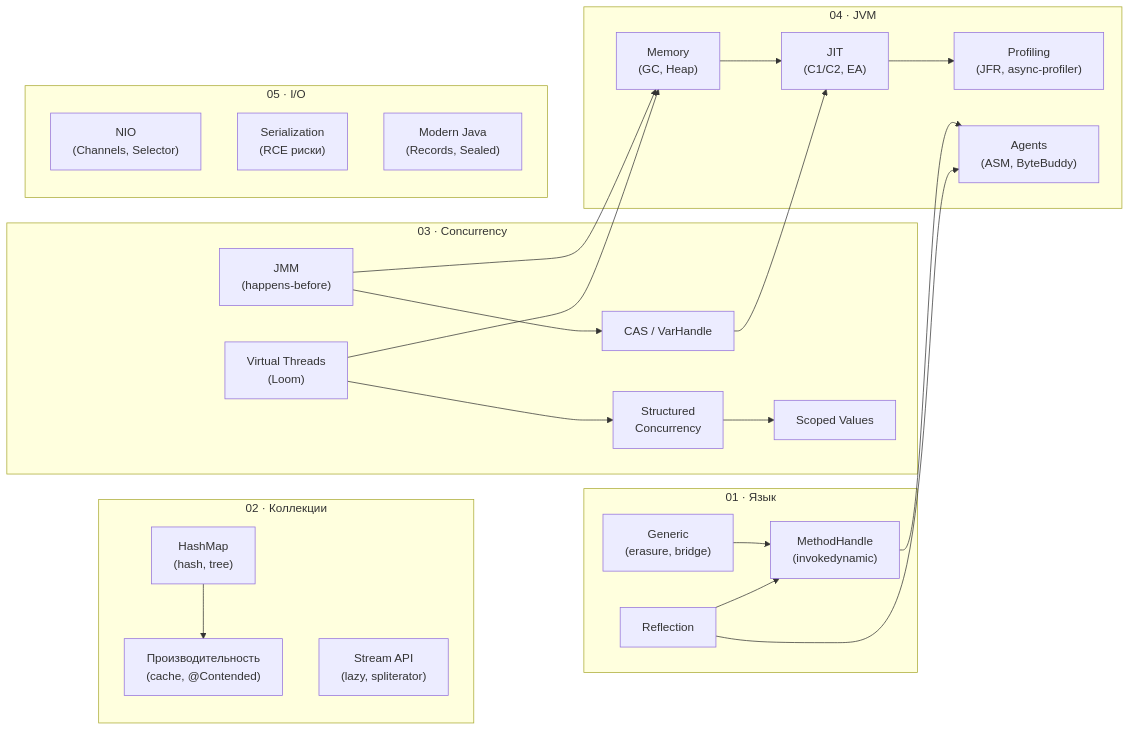
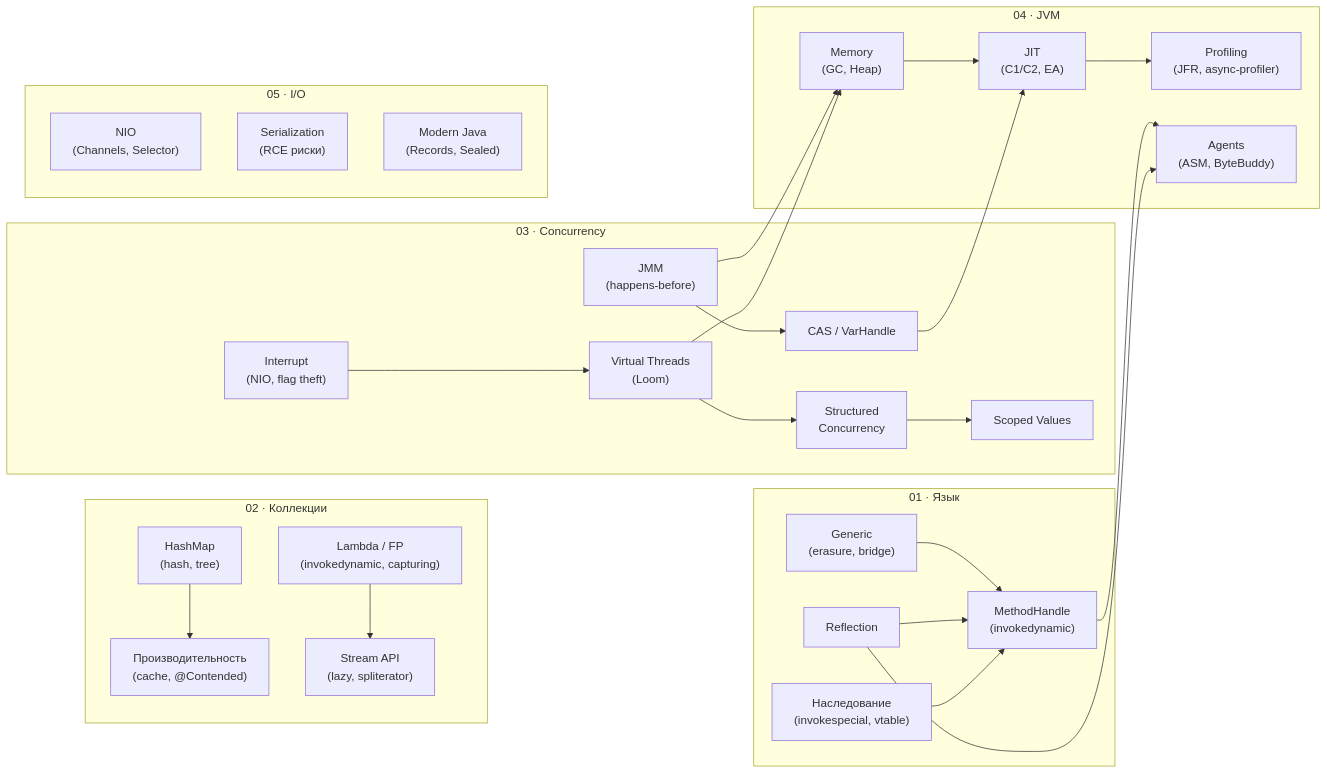
Before and after one commit to bogdan111305/Obsidian-Synth-Nexus: the diagram in Base/Java/Конспект.md, drawn with Mermaid. The commit also changed other lines of this file and 19 other files, not shown here.

````diff
--- a/Base/Java/Конспект.md
+++ b/Base/Java/Конспект.md
@@ -304,49 +310,55 @@
 ```mermaid
 graph LR
     subgraph LANG["01 · Язык"]
         GEN["Generic\n(erasure, bridge)"]
         MH["MethodHandle\n(invokedynamic)"]
         REF["Reflection"]
+        INH["Наследование\n(invokespecial, vtable)"]
         GEN --> MH
         REF --> MH
+        INH --> MH
     end
 
     subgraph COL["02 · Коллекции"]
         MAP["HashMap\n(hash, tree)"]
         STR["Stream API\n(lazy, spliterator)"]
         PERF["Производительность\n(cache, @Contended)"]
+        FP["Lambda / FP\n(invokedynamic, capturing)"]
         MAP --> PERF
+        FP --> STR
     end
 
     subgraph CON["03 · Concurrency"]
         JMM["JMM\n(happens-before)"]
         CAS["CAS / VarHandle"]
         LOOM["Virtual Threads\n(Loom)"]
         SC["Structured\nConcurrency"]
         SCV["Scoped Values"]
+        INT["Interrupt\n(NIO, flag theft)"]
         JMM --> CAS
         LOOM --> SC
         SC --> SCV
+        INT --> LOOM
     end
 
     subgraph JVM["04 · JVM"]
         MEM["Memory\n(GC, Heap)"]
         JIT["JIT\n(C1/C2, EA)"]
         PROF["Profiling\n(JFR, async-profiler)"]
         AGT["Agents\n(ASM, ByteBuddy)"]
         MEM --> JIT
         JIT --> PROF
     end
 
     subgraph IO["05 · I/O"]
         NIO["NIO\n(Channels, Selector)"]
         SER["Serialization\n(RCE риски)"]
         MOD["Modern Java\n(Records, Sealed)"]
     end
 
     JMM --> MEM
     CAS --> JIT
     LOOM --> MEM
     MH --> AGT
     REF --> AGT
 ```
````
